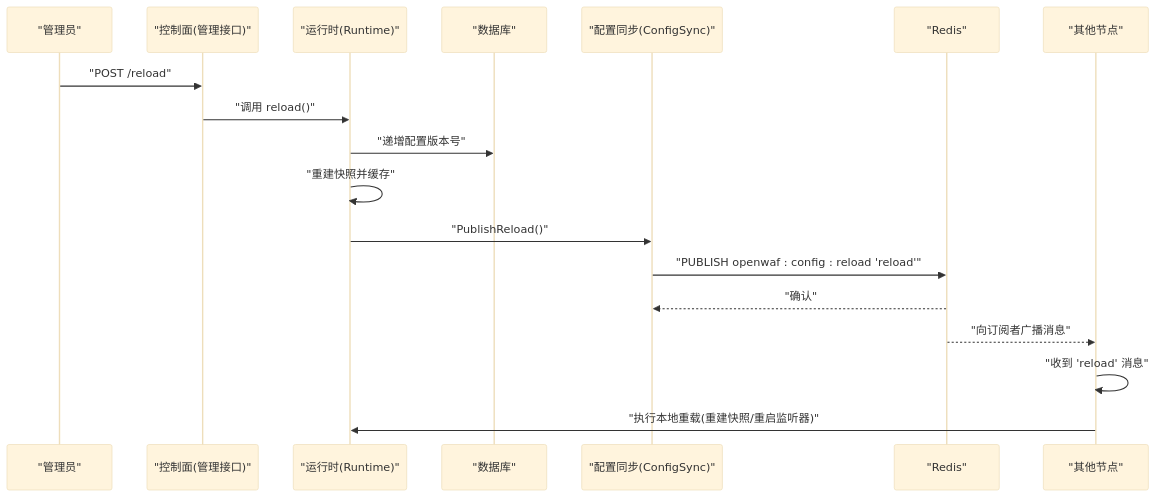
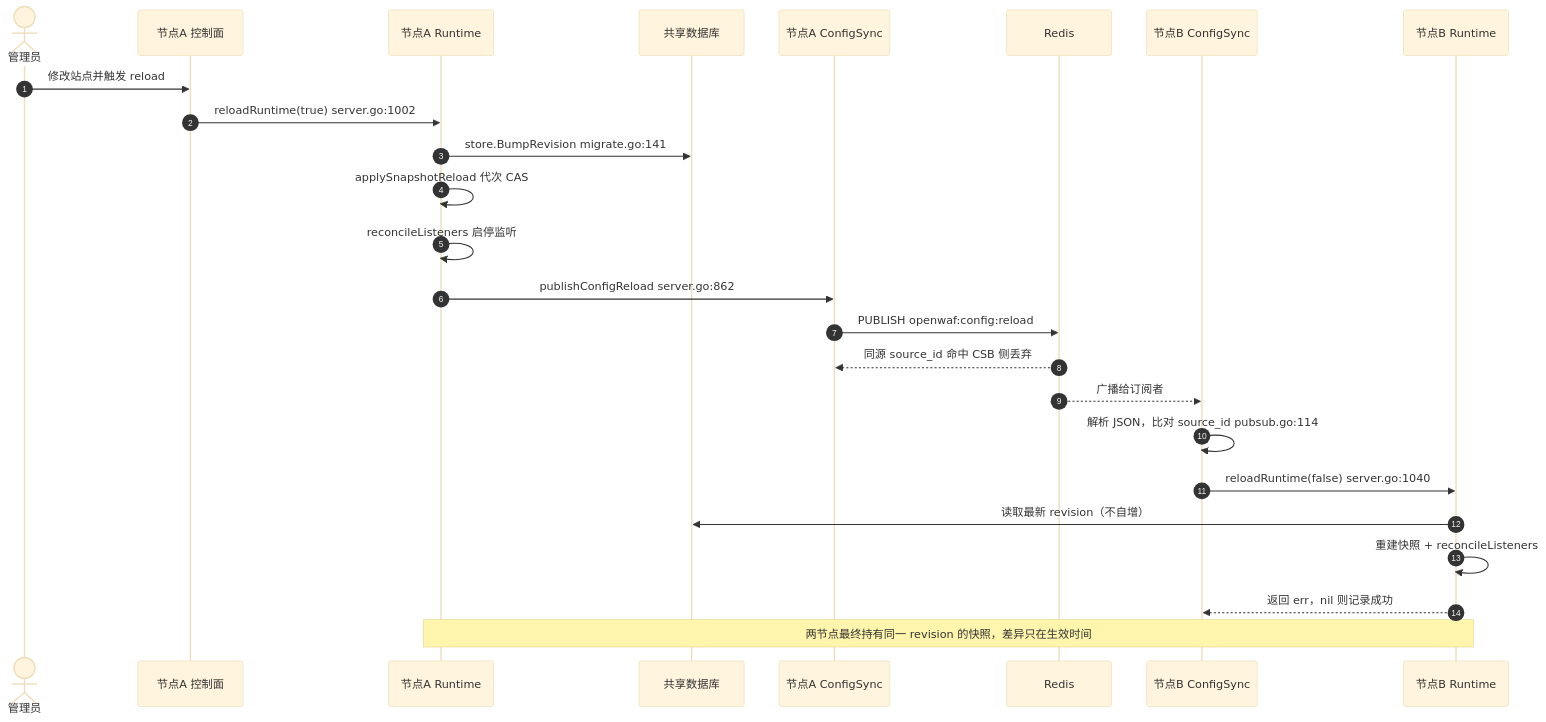
One commit to x01n/My-OpenWaf changed the third of 7 diagrams in docs/配置管理系统/分布式同步机制.md. Above: the diagram before and after it, drawn with Mermaid (base theme). The commit also changed other lines of this file and 622 other files, not shown here.

````diff
--- a/docs/配置管理系统/分布式同步机制.md
+++ b/docs/配置管理系统/分布式同步机制.md
@@ -90,20 +185,27 @@
 ```mermaid
 sequenceDiagram
-participant Admin as "管理员"
-participant Ctrl as "控制面(管理接口)"
-participant RT as "运行时(Runtime)"
-participant DB as "数据库"
-participant CS as "配置同步(ConfigSync)"
-participant Redis as "Redis"
-participant Node as "其他节点"
-Admin->>Ctrl : "POST /reload"
-Ctrl->>RT : "调用 reload()"
-RT->>DB : "递增配置版本号"
-RT->>RT : "重建快照并缓存"
-RT->>CS : "PublishReload()"
-CS->>Redis : "PUBLISH openwaf : config : reload 'reload'"
-Redis-->>CS : "确认"
-Redis-->>Node : "向订阅者广播消息"
-Node->>Node : "收到 'reload' 消息"
-Node->>RT : "执行本地重载(重建快照/重启监听器)"
+autonumber
+actor Admin as 管理员
+participant CtrlA as 节点A 控制面
+participant RTA as 节点A Runtime
+participant DB as 共享数据库
+participant CSA as 节点A ConfigSync
+participant RDS as Redis
+participant CSB as 节点B ConfigSync
+participant RTB as 节点B Runtime
+Admin->>CtrlA: 修改站点并触发 reload
+CtrlA->>RTA: reloadRuntime(true) server.go:1002
+RTA->>DB: store.BumpRevision migrate.go:141
+RTA->>RTA: applySnapshotReload 代次 CAS
+RTA->>RTA: reconcileListeners 启停监听
+RTA->>CSA: publishConfigReload server.go:862
+CSA->>RDS: PUBLISH openwaf:config:reload
+RDS-->>CSA: 同源 source_id 命中 CSB 侧丢弃
+RDS-->>CSB: 广播给订阅者
+CSB->>CSB: 解析 JSON，比对 source_id pubsub.go:114
+CSB->>RTB: reloadRuntime(false) server.go:1040
+RTB->>DB: 读取最新 revision（不自增）
+RTB->>RTB: 重建快照 + reconcileListeners
+RTB-->>CSB: 返回 err，nil 则记录成功
+Note over RTA,RTB: 两节点最终持有同一 revision 的快照，差异只在生效时间
 ```
````
